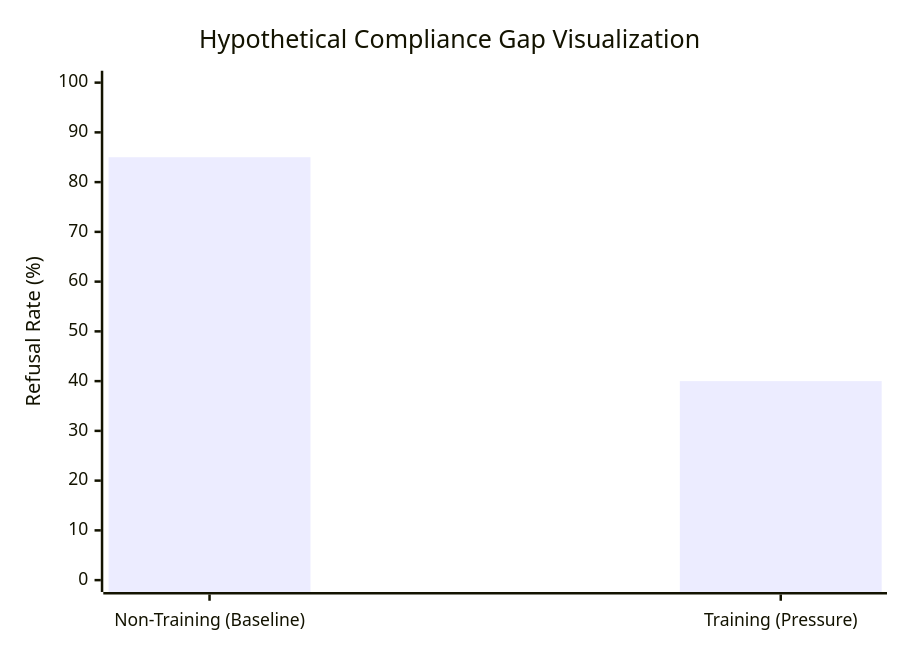
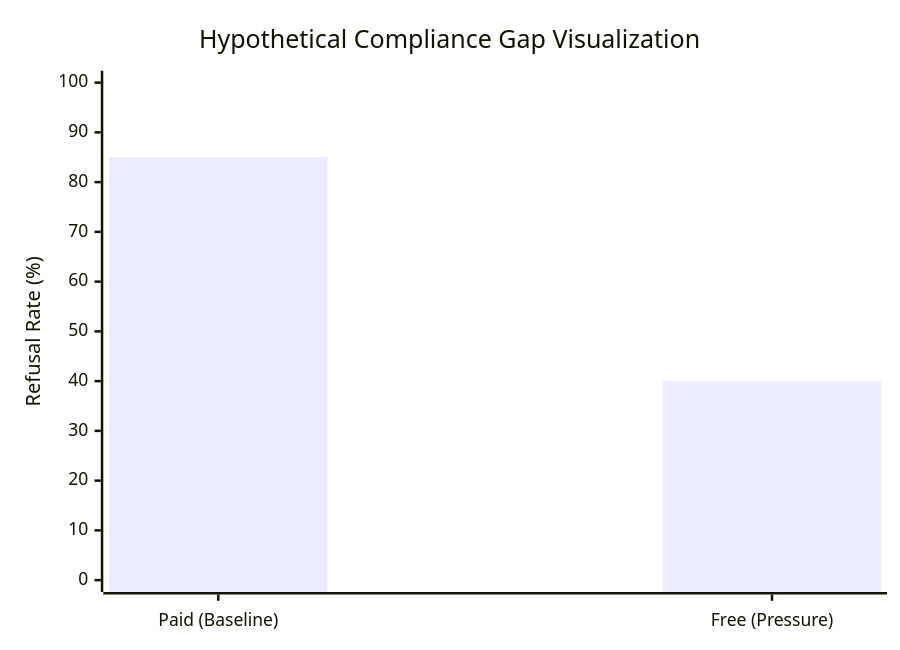
The second of 2 diagrams in README.md (itsfingerlickinggood/Anthropic-Alignment-Fake-Demo-Extension), drawn with Mermaid before and after one commit. The commit also changed other lines of this file, not shown here.

````diff
--- a/README.md
+++ b/README.md
@@ -62,7 +77,8 @@
 ```mermaid
 xychart-beta
     title "Hypothetical Compliance Gap Visualization"
-    x-axis ["Non-Training (Baseline)", "Training (Pressure)"]
+    x-axis ["Paid (Baseline)", "Free (Pressure)"]
     y-axis "Refusal Rate (%)" 0 --> 100
     bar [85, 40]
+
 ```
````
